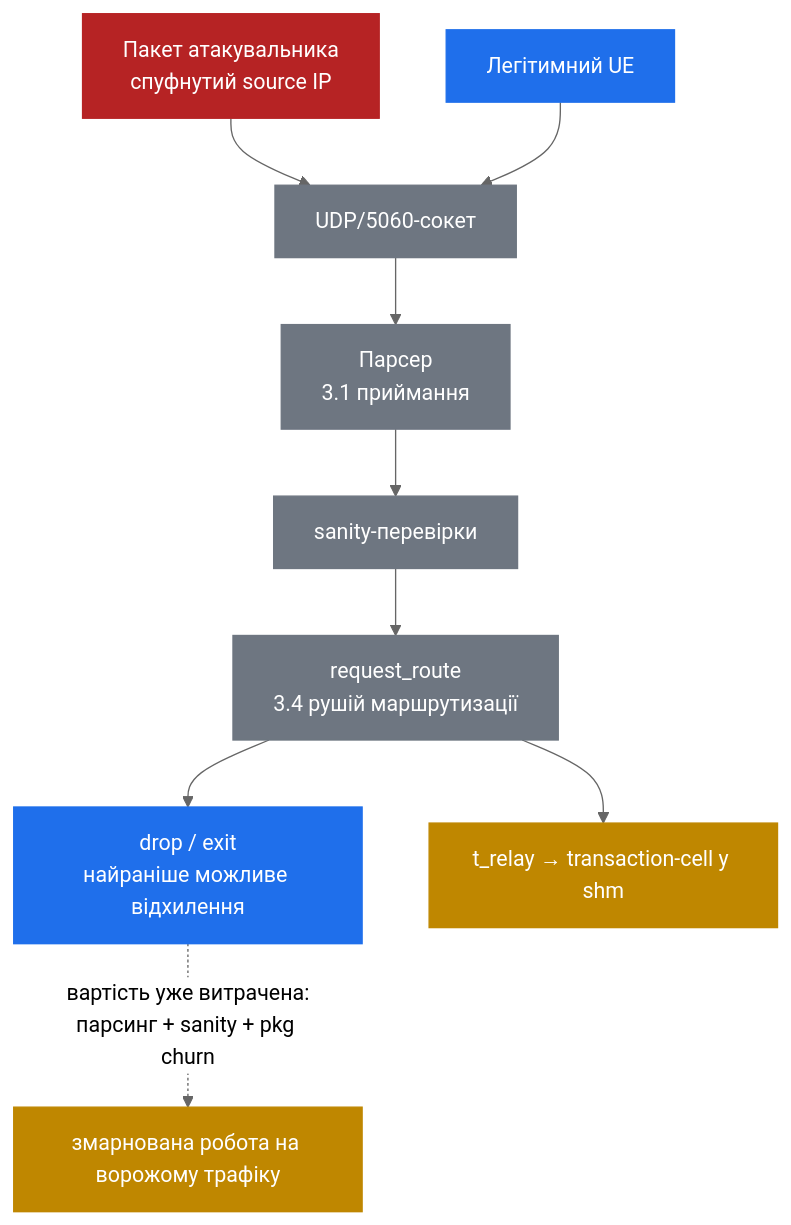
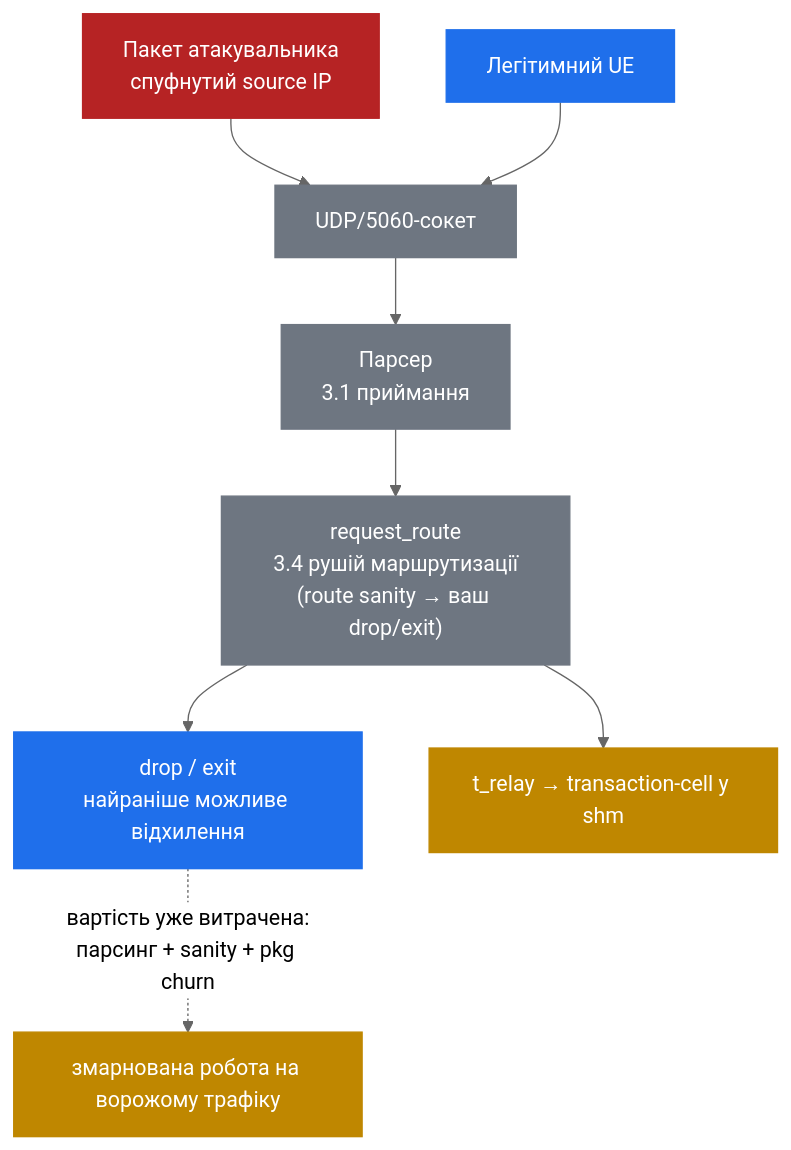
The diagram in docs/uk/36-security-surface.md (denyspozniak/kamailio-handbook), drawn with Mermaid (neutral theme) before and after one commit. The commit also changed other lines of this file and 1 other file, not shown here.

Commit message:
Part 11.1: fix sanity placement (runs inside request_route) + header-parse wording

````diff
--- a/docs/uk/36-security-surface.md
+++ b/docs/uk/36-security-surface.md
@@ -44,22 +44,21 @@
 ```mermaid
 flowchart TB
     A[Пакет атакувальника<br/>спуфнутий source IP] --> SOCK
     G[Легітимний UE] --> SOCK[UDP/5060-сокет]
     SOCK --> P[Парсер<br/>3.1 приймання]
-    P --> S[sanity-перевірки]
-    S --> RR[request_route<br/>3.4 рушій маршрутизації]
+    P --> RR["request_route<br/>3.4 рушій маршрутизації<br/>(route sanity → ваш drop/exit)"]
     RR --> REJECT[drop / exit<br/>найраніше можливе відхилення]
     RR --> WORK[t_relay → transaction-cell у shm]
 
     REJECT -.->|вартість уже витрачена:<br/>парсинг + sanity + pkg churn| WASTE[змарнована робота на ворожому трафіку]
 
     classDef bad fill:#b62324,stroke:#b62324,color:#fff
     classDef good fill:#1f6feb,stroke:#1f6feb,color:#fff
     classDef pipe fill:#6e7681,stroke:#6e7681,color:#fff
     classDef warn fill:#bf8700,stroke:#bf8700,color:#fff
     class A bad
     class G good
-    class SOCK,P,S,RR pipe
+    class SOCK,P,RR pipe
     class REJECT good
     class WASTE,WORK warn
 ```
````
